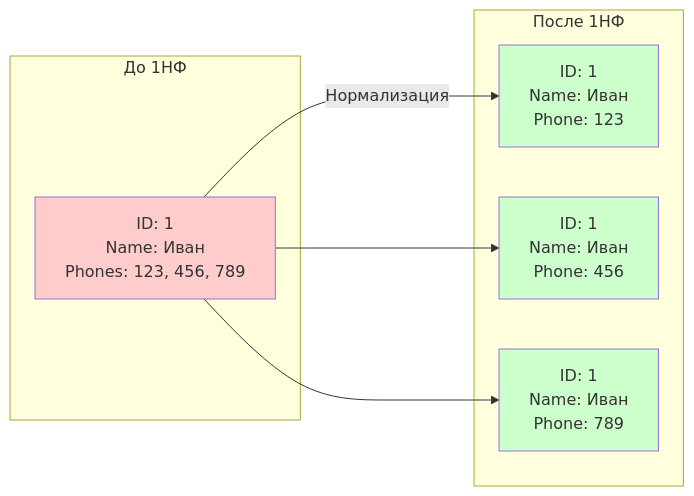
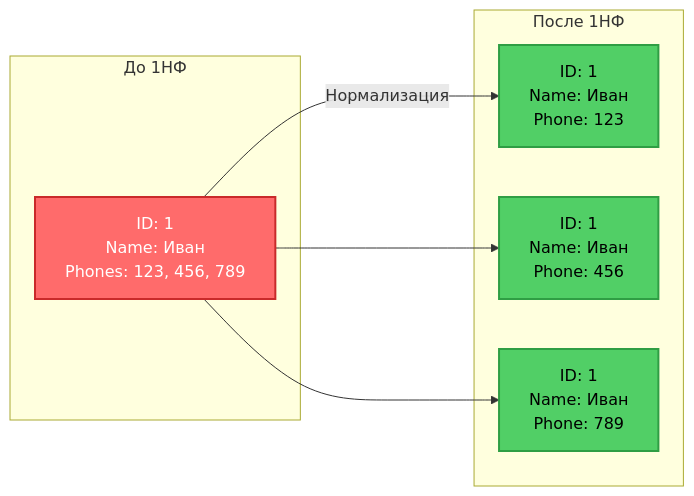
One commit to alx314vo/db_exam changed the fifth of 23 diagrams in db_exam.md. Above: the diagram before and after it, drawn with Mermaid. The commit also changed other lines of this file, not shown here.

Commit message:
added diagrams

````diff
--- a/db_exam.md
+++ b/db_exam.md
@@ -236,21 +292,21 @@
 ```mermaid
 graph LR
     subgraph "До 1НФ"
         Before[ID: 1<br/>Name: Иван<br/>Phones: 123, 456, 789]
     end
     
     subgraph "После 1НФ"
         After1[ID: 1<br/>Name: Иван<br/>Phone: 123]
         After2[ID: 1<br/>Name: Иван<br/>Phone: 456]
         After3[ID: 1<br/>Name: Иван<br/>Phone: 789]
     end
     
     Before -->|Нормализация| After1
     Before --> After2
     Before --> After3
     
-    style Before fill:#ffcccc
-    style After1 fill:#ccffcc
-    style After2 fill:#ccffcc
-    style After3 fill:#ccffcc
+    style Before fill:#ff6b6b,stroke:#c92a2a,stroke-width:2px,color:#fff
+    style After1 fill:#51cf66,stroke:#2f9e44,stroke-width:2px,color:#000
+    style After2 fill:#51cf66,stroke:#2f9e44,stroke-width:2px,color:#000
+    style After3 fill:#51cf66,stroke:#2f9e44,stroke-width:2px,color:#000
 ```
````
